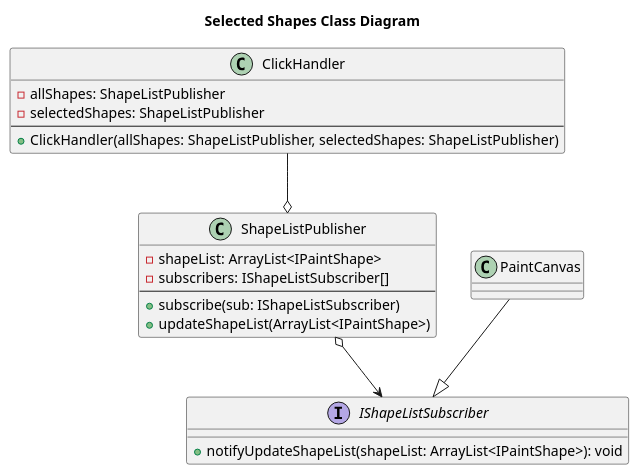
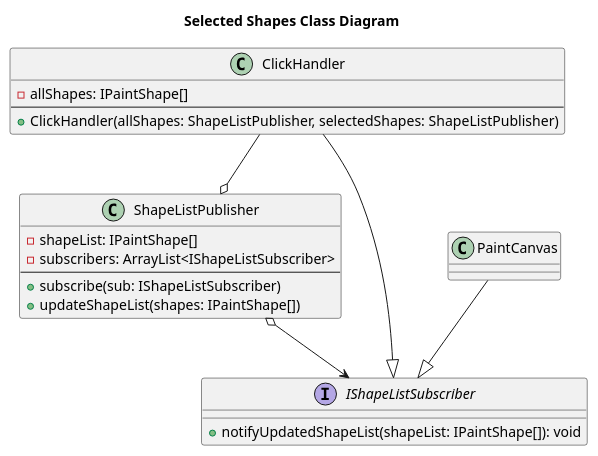
One commit to johnsmillie-portfolio/SE450-JPaint changed the diagram in documentation/shape list observer class diagram.plantuml. Above: the diagram before and after it, drawn with PlantUML.

Commit message:
more shape list diagram simplification

```diff
--- a/documentation/shape list observer class diagram.plantuml
+++ b/documentation/shape list observer class diagram.plantuml
@@ -1,30 +1,30 @@
 @startuml Shape List Observer class diagram
 title Selected Shapes Class Diagram
 
 class ClickHandler {
-    - allShapes: ShapeListPublisher
-    - selectedShapes: ShapeListPublisher
+    - allShapes: IPaintShape[]
     --
     + ClickHandler(allShapes: ShapeListPublisher, selectedShapes: ShapeListPublisher)
 }
 
 class ShapeListPublisher {
-    - shapeList: ArrayList<IPaintShape>
-    - subscribers: IShapeListSubscriber[]
+    - shapeList: IPaintShape[]
+    - subscribers: ArrayList<IShapeListSubscriber>
     --
     + subscribe(sub: IShapeListSubscriber)
-    + updateShapeList(ArrayList<IPaintShape>)
+    + updateShapeList(shapes: IPaintShape[])
 }
 
 interface IShapeListSubscriber {
-    + notifyUpdateShapeList(shapeList: ArrayList<IPaintShape>): void
+    + notifyUpdatedShapeList(shapeList: IPaintShape[]): void
 }
- 
+
 class PaintCanvas {}
 
 PaintCanvas --|> IShapeListSubscriber
+ClickHandler --|> IShapeListSubscriber
 ClickHandler --o ShapeListPublisher
 ShapeListPublisher o--> IShapeListSubscriber
 
 
 @enduml
```
